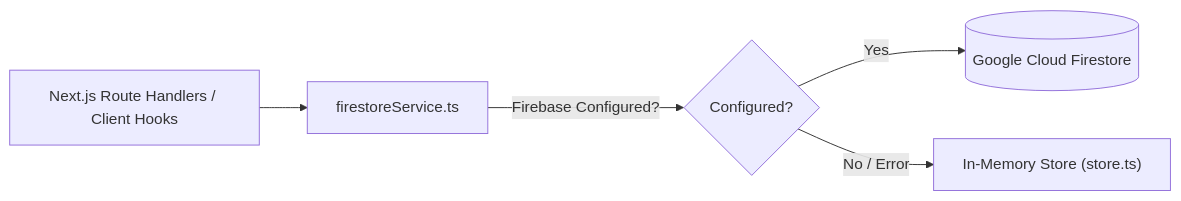
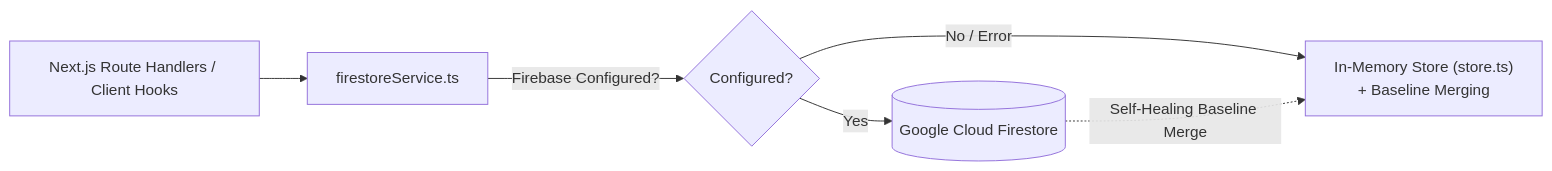
One commit to Parth-352/SIEP-Website changed the diagram in .context/DATABASE.md. Above: the diagram before and after it, drawn with Mermaid. The commit also changed other lines of this file and 5 other files, not shown here.

````diff
--- a/.context/DATABASE.md
+++ b/.context/DATABASE.md
@@ -16,7 +16,8 @@
 ```mermaid
 flowchart LR
     App["Next.js Route Handlers / Client Hooks"] --> Service["firestoreService.ts"]
     Service -->|Firebase Configured?| Check{Configured?}
     Check -->|Yes| Firestore[("Google Cloud Firestore")]
-    Check -->|No / Error| Fallback["In-Memory Store (store.ts)"]
+    Check -->|No / Error| Fallback["In-Memory Store (store.ts)\n+ Baseline Merging"]
+    Firestore -.->|Self-Healing Baseline Merge| Fallback
 ```
````
